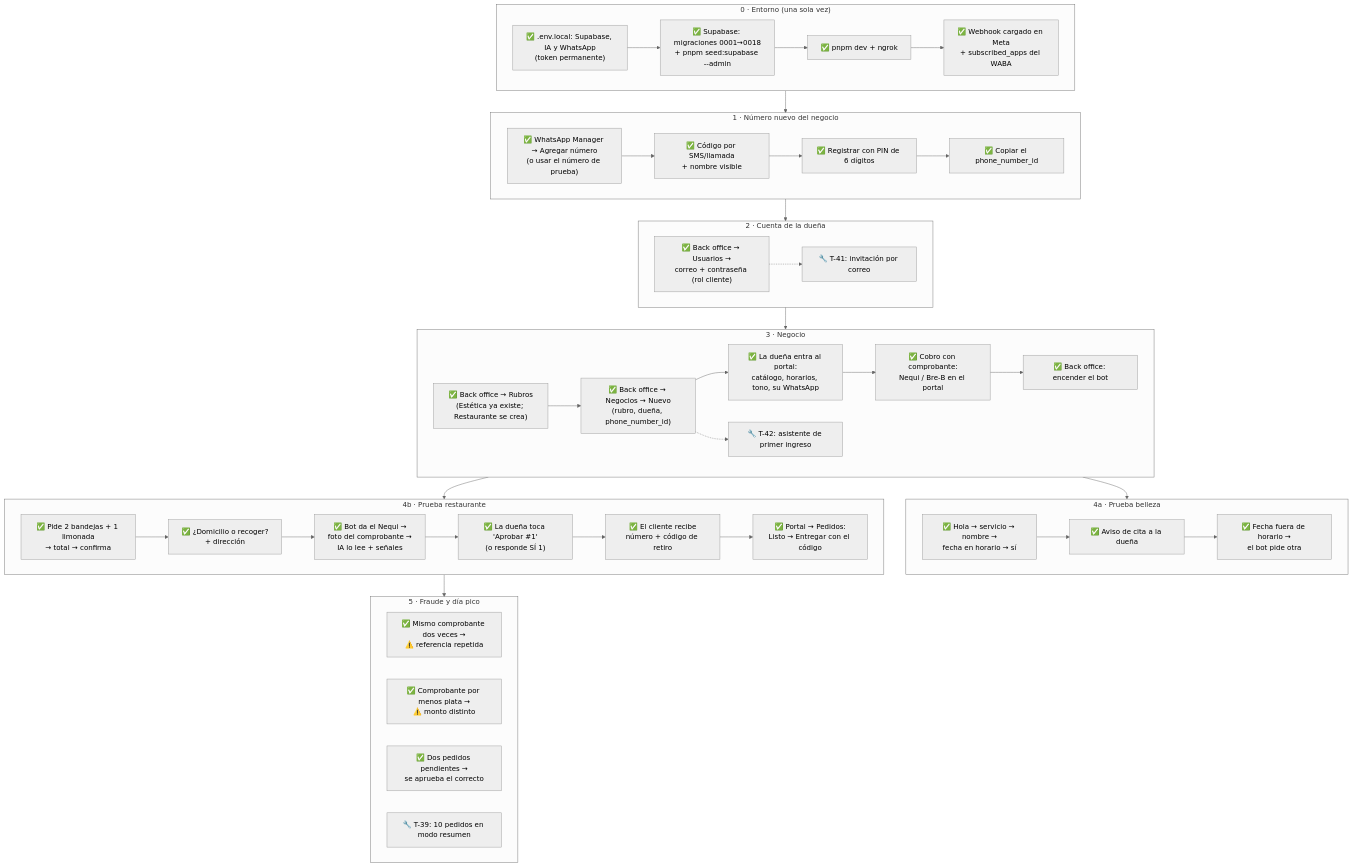
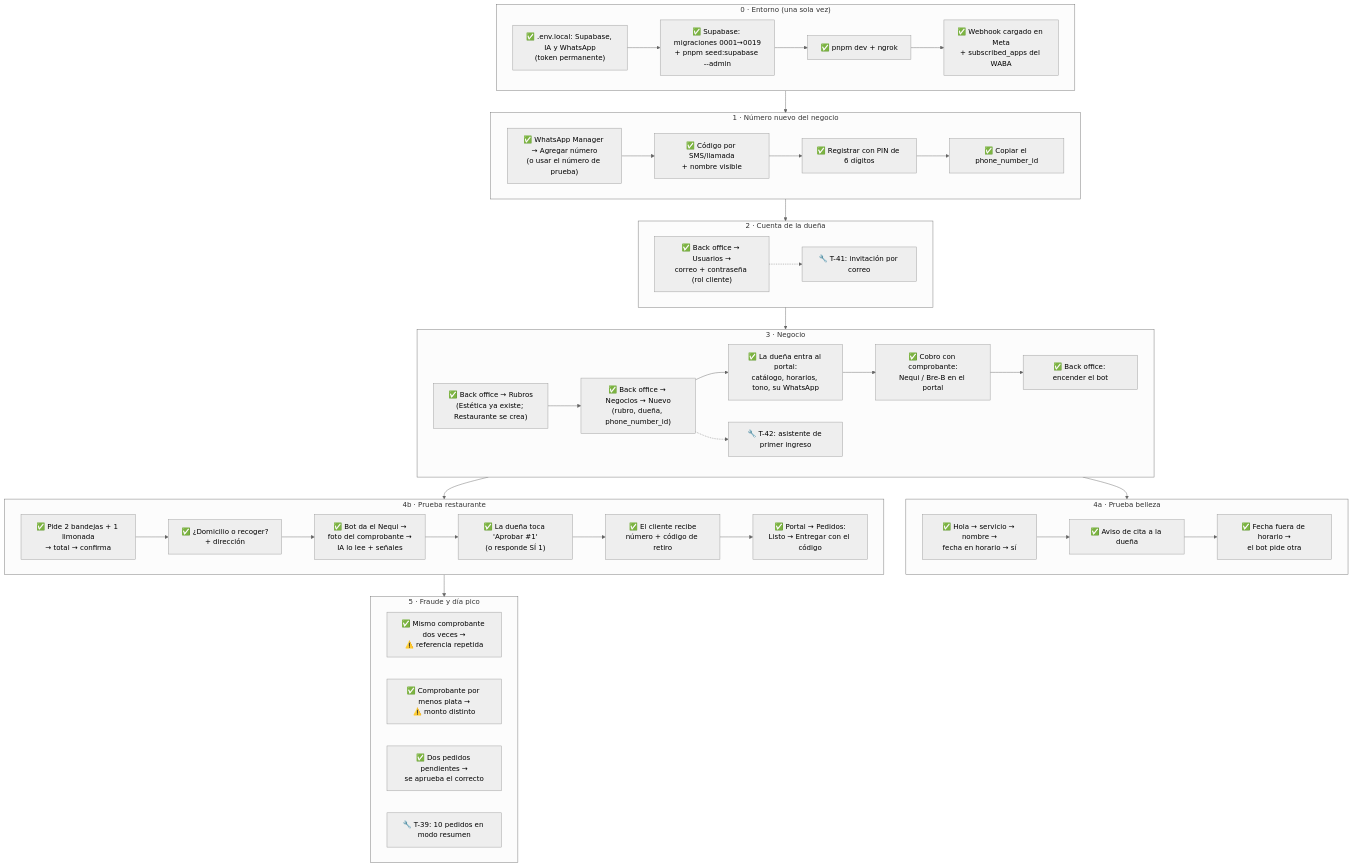
One commit to daniell41-dev/client-automation-bot changed the diagram in docs/17-prueba-local.md. Above: the diagram before and after it, drawn with Mermaid (neutral theme). The commit also changed other lines of this file and 4 other files, not shown here.

````diff
--- a/docs/17-prueba-local.md
+++ b/docs/17-prueba-local.md
@@ -18,54 +18,54 @@
 ```mermaid
 flowchart TD
   subgraph E["0 · Entorno (una sola vez)"]
-    E1["✅ .env.local: Supabase, IA y WhatsApp<br/>(token permanente)"] --> E2["✅ Supabase: migraciones 0001→0018<br/>+ pnpm seed:supabase --admin"]
+    E1["✅ .env.local: Supabase, IA y WhatsApp<br/>(token permanente)"] --> E2["✅ Supabase: migraciones 0001→0019<br/>+ pnpm seed:supabase --admin"]
     E2 --> E3["✅ pnpm dev + ngrok"]
     E3 --> E4["✅ Webhook cargado en Meta<br/>+ subscribed_apps del WABA"]
   end
 
   subgraph T["1 · Número nuevo del negocio"]
     T1["✅ WhatsApp Manager → Agregar número<br/>(o usar el número de prueba)"] --> T2["✅ Código por SMS/llamada<br/>+ nombre visible"]
     T2 --> T3["✅ Registrar con PIN de 6 dígitos"]
     T3 --> T4["✅ Copiar el phone_number_id"]
   end
 
   subgraph U["2 · Cuenta de la dueña"]
     U1["✅ Back office → Usuarios →<br/>correo + contraseña (rol cliente)"]
     U2["🔧 T-41: invitación por correo"]
     U1 -.-> U2
   end
 
   subgraph N["3 · Negocio"]
     N0["✅ Back office → Rubros<br/>(Estética ya existe; Restaurante se crea)"] --> N1["✅ Back office → Negocios → Nuevo<br/>(rubro, dueña, phone_number_id)"]
     N1 --> N2["✅ La dueña entra al portal:<br/>catálogo, horarios, tono, su WhatsApp"]
     N2 --> N3["✅ Cobro con comprobante:<br/>Nequi / Bre-B en el portal"]
     N3 --> N5["✅ Back office: encender el bot"]
     N4["🔧 T-42: asistente de primer ingreso"]
     N1 -.-> N4
   end
 
   subgraph B["4a · Prueba belleza"]
     B1["✅ Hola → servicio → nombre →<br/>fecha en horario → sí"] --> B2["✅ Aviso de cita a la dueña"]
     B2 --> B3["✅ Fecha fuera de horario →<br/>el bot pide otra"]
   end
 
   subgraph R["4b · Prueba restaurante"]
     R1["✅ Pide 2 bandejas + 1 limonada<br/>→ total → confirma"] --> R2["✅ ¿Domicilio o recoger?<br/>+ dirección"]
     R2 --> R3["✅ Bot da el Nequi →<br/>foto del comprobante →<br/>IA lo lee + señales"]
     R3 --> R4["✅ La dueña toca 'Aprobar #1'<br/>(o responde SÍ 1)"]
     R4 --> R5["✅ El cliente recibe<br/>número + código de retiro"]
     R5 --> R6["✅ Portal → Pedidos:<br/>Listo → Entregar con el código"]
   end
 
   subgraph F["5 · Fraude y día pico"]
     F1["✅ Mismo comprobante dos veces →<br/>⚠️ referencia repetida"]
     F2["✅ Comprobante por menos plata →<br/>⚠️ monto distinto"]
     F3["✅ Dos pedidos pendientes →<br/>se aprueba el correcto"]
     F4["🔧 T-39: 10 pedidos en modo resumen"]
   end
 
   E --> T --> U --> N
   N --> B
   N --> R
   R --> F
 ```
````
